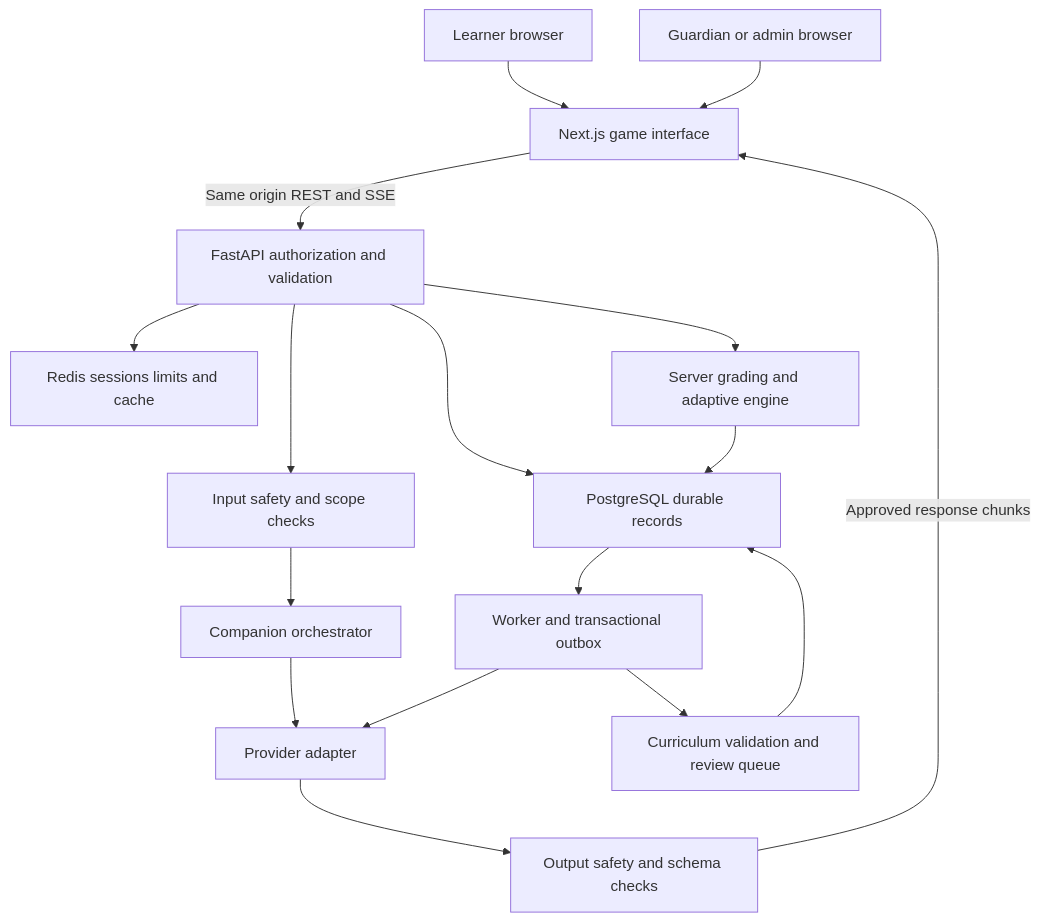
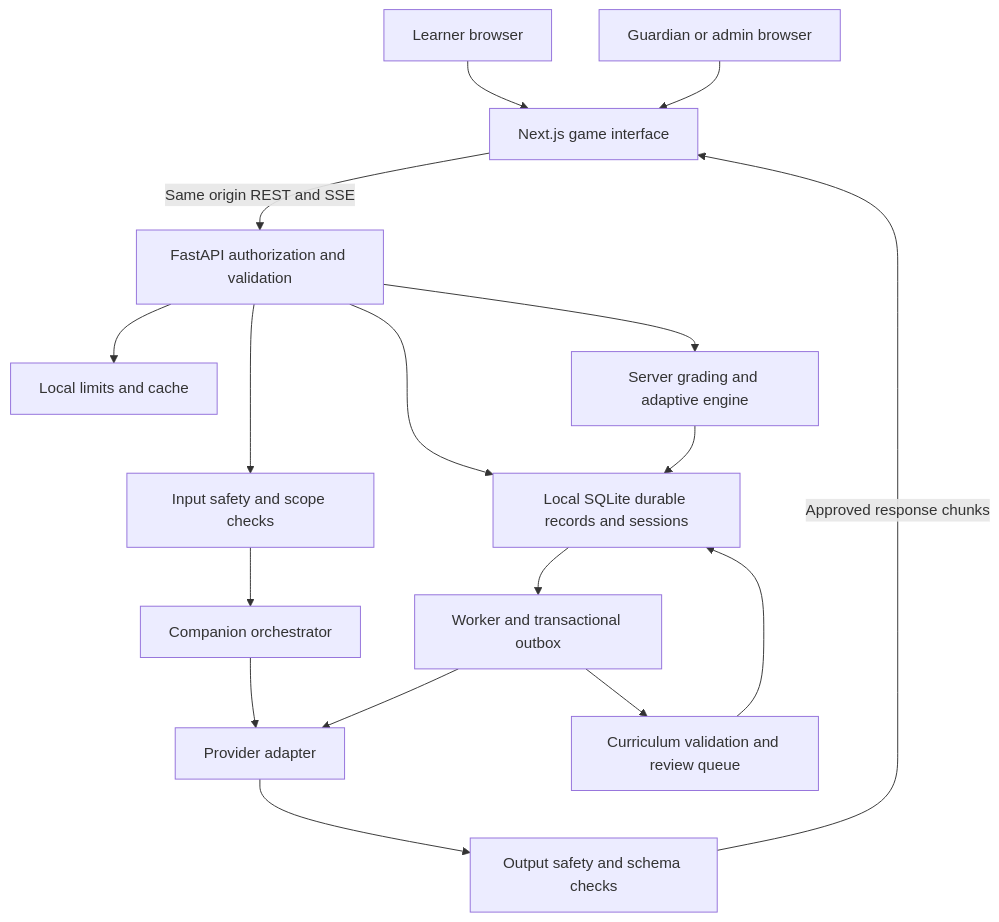
Before and after one commit to harshj06/Hackathon: the first of 2 diagrams in ARCHITECTURE.md, drawn with Mermaid. The commit also changed other lines of this file and 16 other files, not shown here.

````diff
--- a/ARCHITECTURE.md
+++ b/ARCHITECTURE.md
@@ -37,19 +37,19 @@
 ```mermaid
 flowchart TD
   L[Learner browser] --> W[Next.js game interface]
   P[Guardian or admin browser] --> W
   W -->|Same origin REST and SSE| A[FastAPI authorization and validation]
-  A --> D[PostgreSQL durable records]
-  A --> R[Redis sessions limits and cache]
+  A --> D[Local SQLite durable records and sessions]
+  A --> R[Local limits and cache]
   A --> G[Server grading and adaptive engine]
   G --> D
   A --> S[Input safety and scope checks]
   S --> C[Companion orchestrator]
   C --> V[Provider adapter]
   V --> O[Output safety and schema checks]
   O -->|Approved response chunks| W
   D --> J[Worker and transactional outbox]
   J --> V
   J --> Q[Curriculum validation and review queue]
   Q --> D
 ```
````
